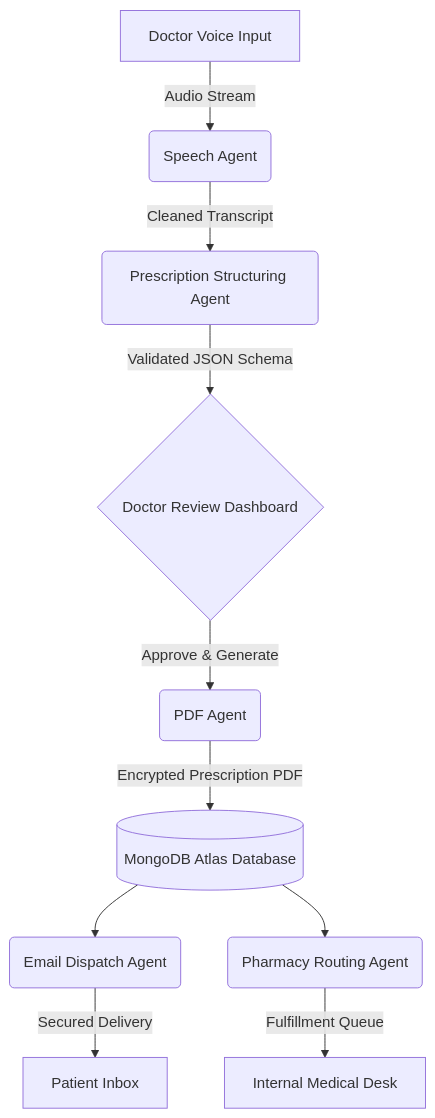
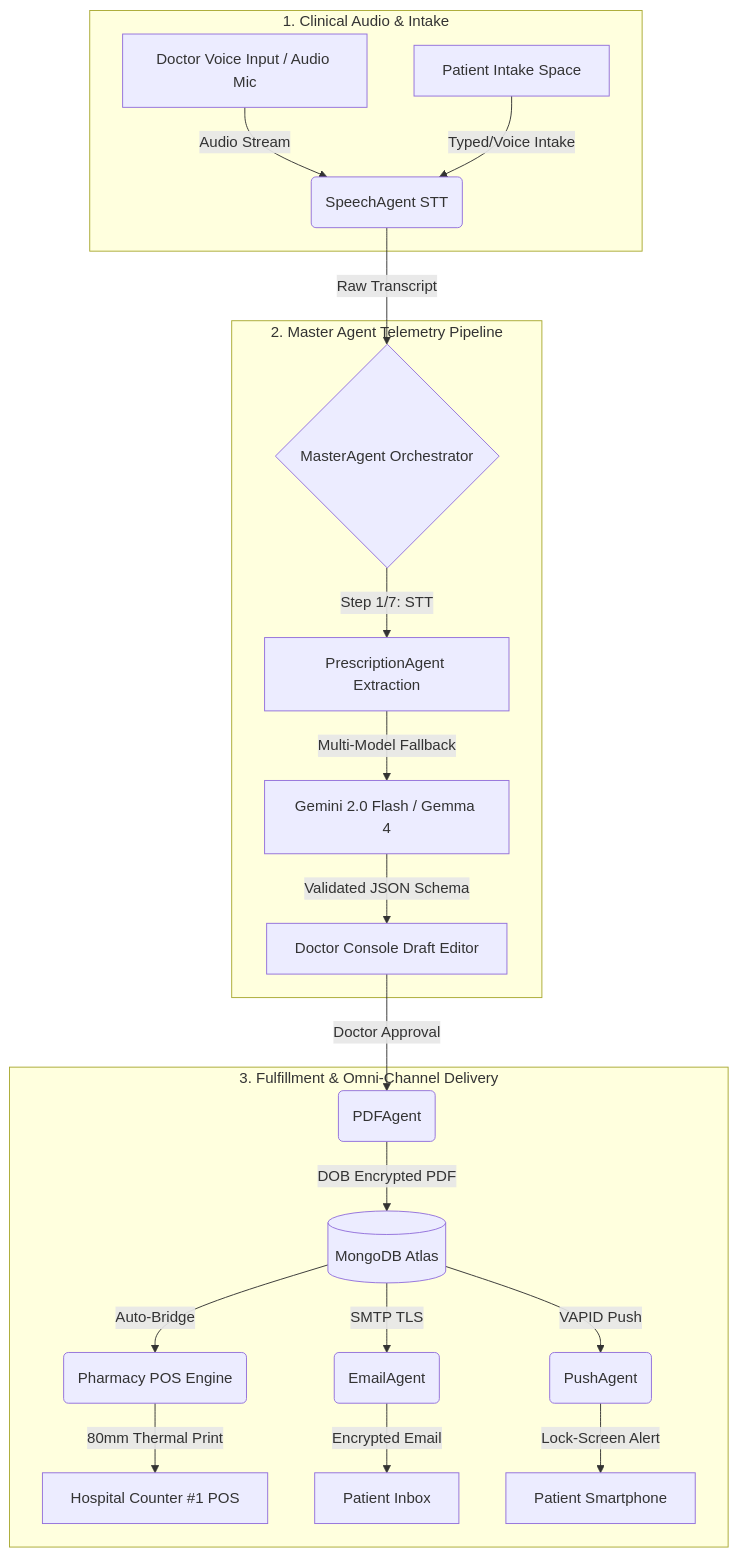
One commit to Saksham3736/scriptiq changed the diagram in README.md. Above: the diagram before and after it, drawn with Mermaid. The commit also changed other lines of this file and 41 other files, not shown here.

Commit message:
feat: complete POS receipt auto-print integration, thermal printing isolation, master feature inventory & detailed README documentation

````diff
--- a/README.md
+++ b/README.md
@@ -26,12 +29,25 @@
 ```mermaid
 flowchart TD
-    A[Doctor Voice Input] -->|Audio Stream| B(Speech Agent)
-    B -->|Cleaned Transcript| C(Prescription Structuring Agent)
-    C -->|Validated JSON Schema| D{Doctor Review Dashboard}
-    D -->|Approve & Generate| E(PDF Agent)
-    E -->|Encrypted Prescription PDF| F[(MongoDB Atlas Database)]
-    F --> G(Email Dispatch Agent)
-    F --> H(Pharmacy Routing Agent)
-    G -->|Secured Delivery| I[Patient Inbox]
-    H -->|Fulfillment Queue| J[Internal Medical Desk]
+    subgraph Input [1. Clinical Audio & Intake]
+        A[Doctor Voice Input / Audio Mic] -->|Audio Stream| B(SpeechAgent STT)
+        A2[Patient Intake Space] -->|Typed/Voice Intake| B
+    end
+
+    subgraph Orchestrator [2. Master Agent Telemetry Pipeline]
+        B -->|Raw Transcript| C{MasterAgent Orchestrator}
+        C -->|Step 1/7: STT| D[PrescriptionAgent Extraction]
+        D -->|Multi-Model Fallback| E[Gemini 2.0 Flash / Gemma 4]
+        E -->|Validated JSON Schema| F[Doctor Console Draft Editor]
+    end
+
+    subgraph Output [3. Fulfillment & Omni-Channel Delivery]
+        F -->|Doctor Approval| G(PDFAgent)
+        G -->|DOB Encrypted PDF| H[(MongoDB Atlas)]
+        H -->|Auto-Bridge| I(Pharmacy POS Engine)
+        H -->|SMTP TLS| J(EmailAgent)
+        H -->|VAPID Push| K(PushAgent)
+        I -->|80mm Thermal Print| L[Hospital Counter #1 POS]
+        J -->|Encrypted Email| M[Patient Inbox]
+        K -->|Lock-Screen Alert| N[Patient Smartphone]
+    end
 ```
````
